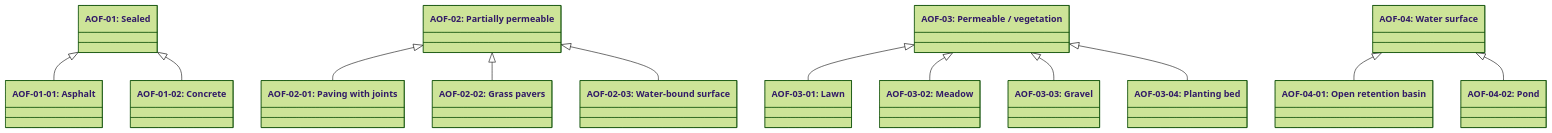
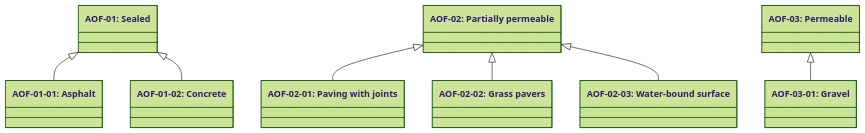
One commit to simondilhas/pragmatic-bim-data-contract changed the diagram in site/.md-src/classification/outdoor-floor-surface.md. Above: the diagram before and after it, drawn with Mermaid (forest theme). The commit also changed other lines of this file and 7 other files, not shown here.

Commit message:
Release v1.0.3: narrow AOF to outdoor wearing courses by permeability; drop vegetation and water space-type leaves.

````diff
--- a/site/.md-src/classification/outdoor-floor-surface.md
+++ b/site/.md-src/classification/outdoor-floor-surface.md
@@ -15,30 +15,19 @@
 ```mermaid
 classDiagram
 direction TB
 class n_AOF_01["AOF-01: Sealed"]
 class n_AOF_01_01["AOF-01-01: Asphalt"]
 class n_AOF_01_02["AOF-01-02: Concrete"]
 class n_AOF_02["AOF-02: Partially permeable"]
 class n_AOF_02_01["AOF-02-01: Paving with joints"]
 class n_AOF_02_02["AOF-02-02: Grass pavers"]
 class n_AOF_02_03["AOF-02-03: Water-bound surface"]
-class n_AOF_03["AOF-03: Permeable / vegetation"]
-class n_AOF_03_01["AOF-03-01: Lawn"]
-class n_AOF_03_02["AOF-03-02: Meadow"]
-class n_AOF_03_03["AOF-03-03: Gravel"]
-class n_AOF_03_04["AOF-03-04: Planting bed"]
-class n_AOF_04["AOF-04: Water surface"]
-class n_AOF_04_01["AOF-04-01: Open retention basin"]
-class n_AOF_04_02["AOF-04-02: Pond"]
+class n_AOF_03["AOF-03: Permeable"]
+class n_AOF_03_01["AOF-03-01: Gravel"]
 n_AOF_01 <|-- n_AOF_01_01
 n_AOF_01 <|-- n_AOF_01_02
 n_AOF_02 <|-- n_AOF_02_01
 n_AOF_02 <|-- n_AOF_02_02
 n_AOF_02 <|-- n_AOF_02_03
 n_AOF_03 <|-- n_AOF_03_01
-n_AOF_03 <|-- n_AOF_03_02
-n_AOF_03 <|-- n_AOF_03_03
-n_AOF_03 <|-- n_AOF_03_04
-n_AOF_04 <|-- n_AOF_04_01
-n_AOF_04 <|-- n_AOF_04_02
 ```
````
